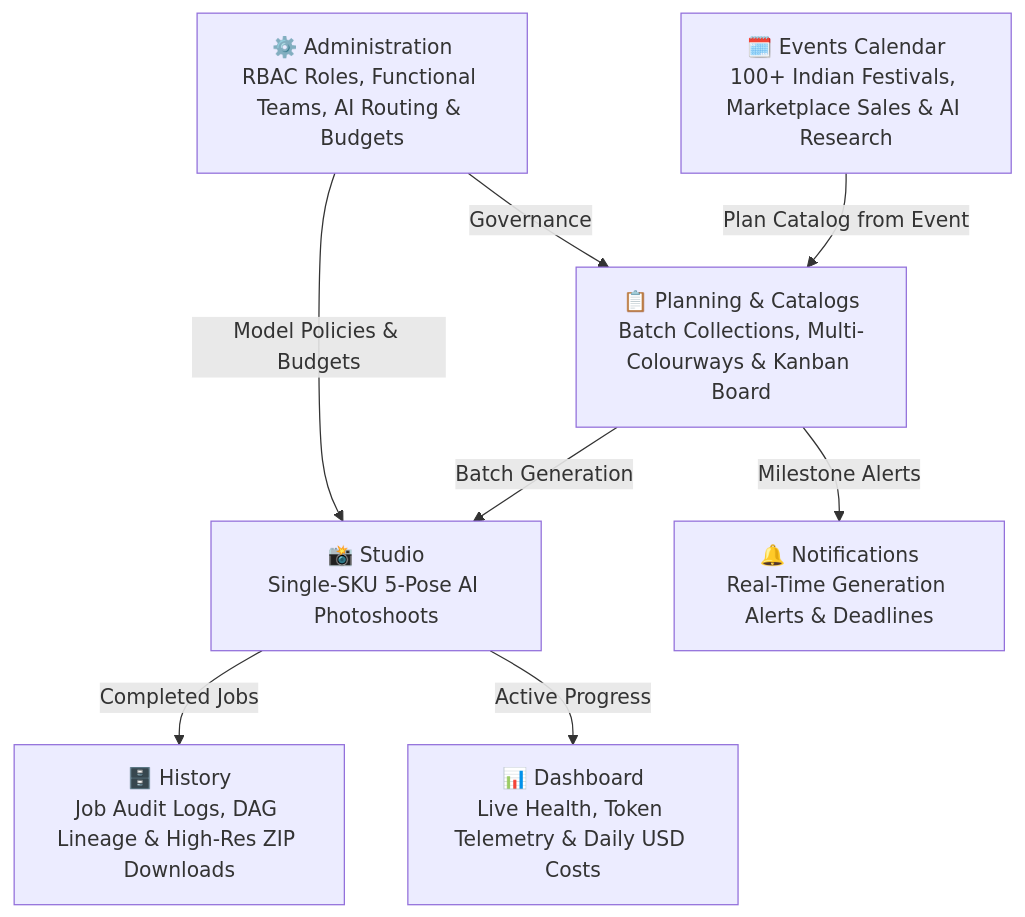
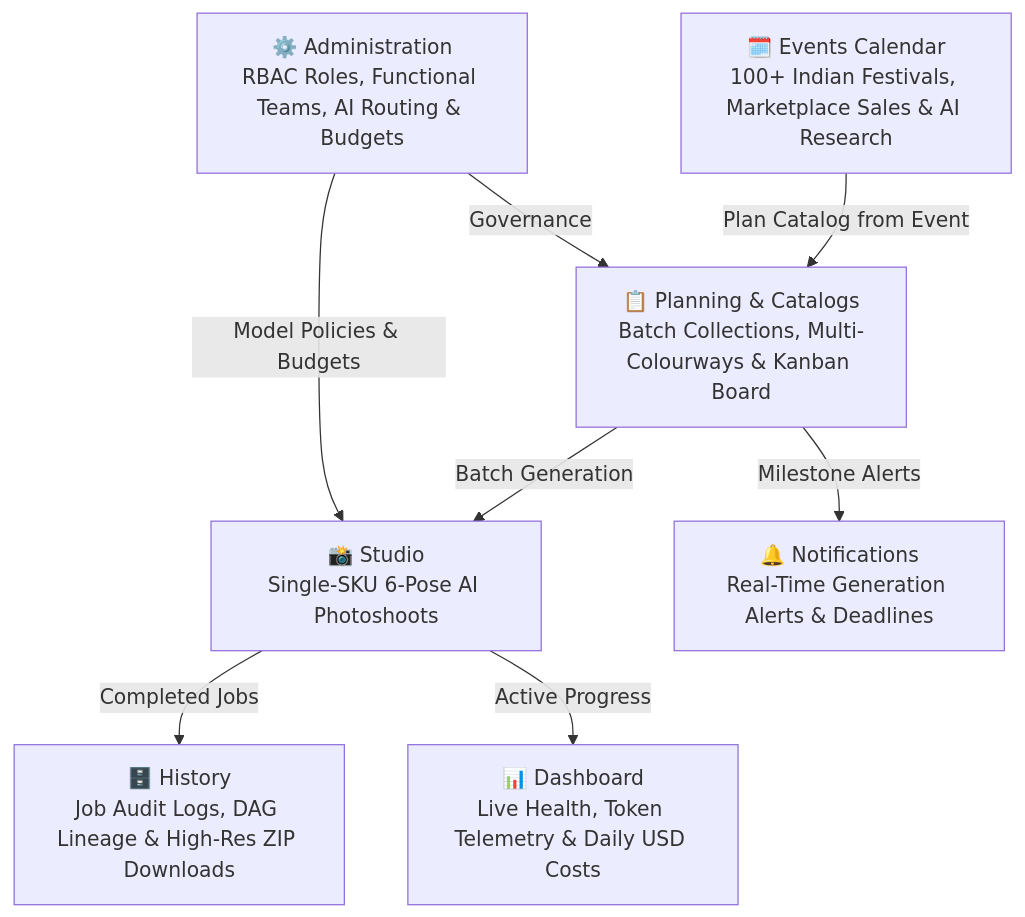
Before and after one commit to pawanshukla500/aistudio-youthnic: the second of 2 diagrams in youthnic-ai-studio-docs/introduction/product-tour.mdx, drawn with Mermaid. The commit also changed other lines of this file and 72 other files, not shown here.

````diff
--- a/youthnic-ai-studio-docs/introduction/product-tour.mdx
+++ b/youthnic-ai-studio-docs/introduction/product-tour.mdx
@@ -53,18 +53,18 @@
 ```mermaid
 graph TD
     Dashboard["📊 Dashboard<br/>Live Health, Token Telemetry & Daily USD Costs"]
-    Studio["📸 Studio<br/>Single-SKU 5-Pose AI Photoshoots"]
+    Studio["📸 Studio<br/>Single-SKU 6-Pose AI Photoshoots"]
     Planning["📋 Planning & Catalogs<br/>Batch Collections, Multi-Colourways & Kanban Board"]
     Events["🗓️ Events Calendar<br/>100+ Indian Festivals, Marketplace Sales & AI Research"]
     History["🗄️ History<br/>Job Audit Logs, DAG Lineage & High-Res ZIP Downloads"]
     Notifications["🔔 Notifications<br/>Real-Time Generation Alerts & Deadlines"]
     Admin["⚙️ Administration<br/>RBAC Roles, Functional Teams, AI Routing & Budgets"]
 
     Events -->|Plan Catalog from Event| Planning
     Planning -->|Batch Generation| Studio
     Studio -->|Completed Jobs| History
     Studio -->|Active Progress| Dashboard
     Planning -->|Milestone Alerts| Notifications
     Admin -->|Model Policies & Budgets| Studio
     Admin -->|Governance| Planning
 ```
````
